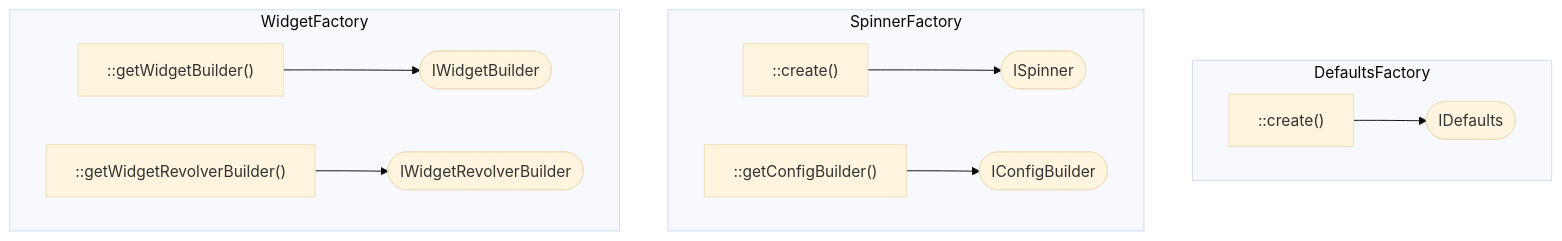
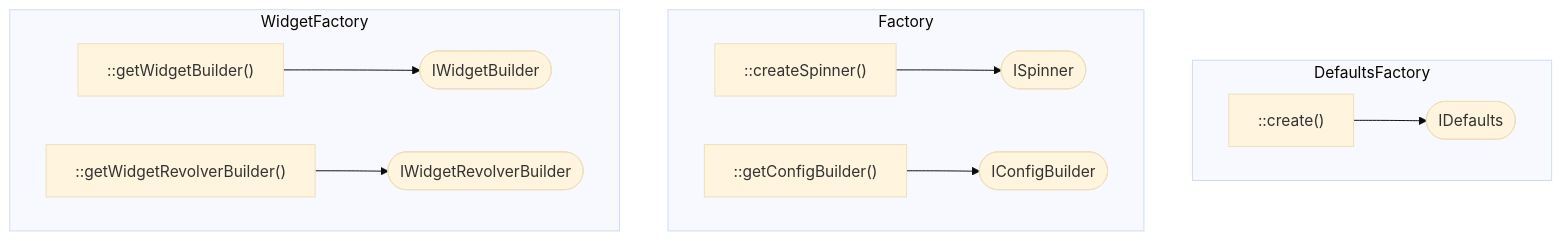
One commit to alecrabbit/php-console-spinner changed the first of 2 diagrams in doc/diag.md. Above: the diagram before and after it, drawn with Mermaid (base theme). The commit also changed other lines of this file, not shown here.

````diff
--- a/doc/diag.md
+++ b/doc/diag.md
@@ -1,14 +1,14 @@
 ```mermaid
 flowchart TD
     subgraph DefaultsFactory
     df1["::create()"]-->df2([IDefaults])
     end
-    subgraph SpinnerFactory
-    sf1["::create()"]-->sf2([ISpinner])
+    subgraph Factory
+    sf1["::createSpinner()"]-->sf2([ISpinner])
     sf3["::getConfigBuilder()"]-->sf4([IConfigBuilder])
     end
     subgraph WidgetFactory
     wf1["::getWidgetBuilder()"]-->wf2([IWidgetBuilder])
     wf3["::getWidgetRevolverBuilder()"]-->wf4([IWidgetRevolverBuilder])
     end
 ```
````
